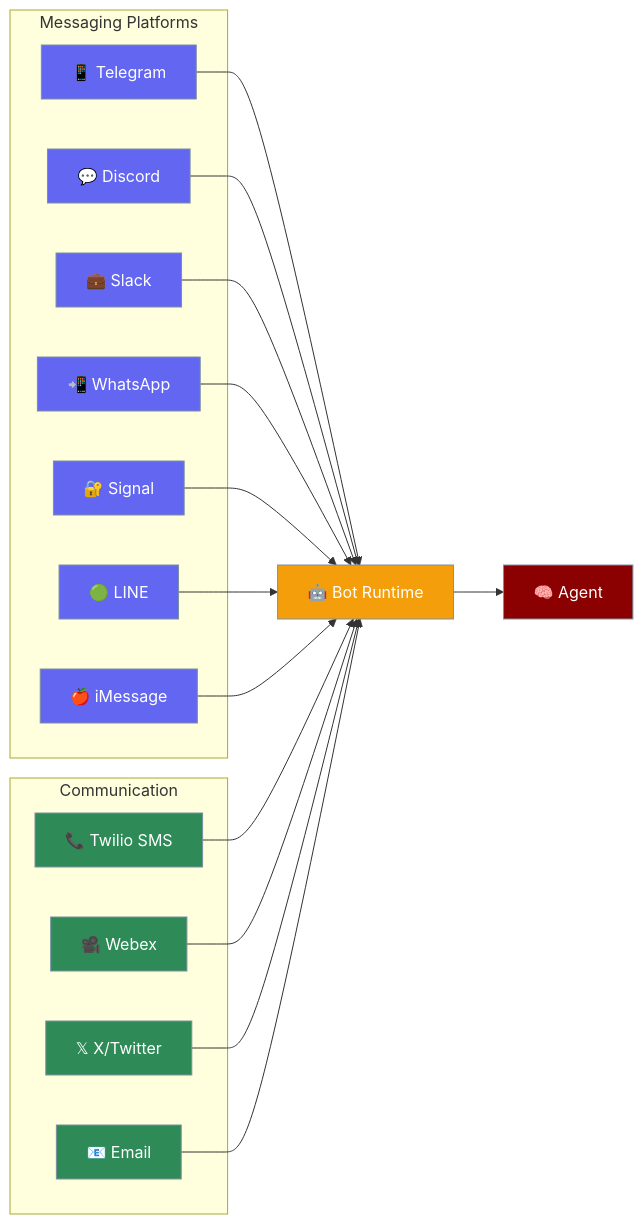
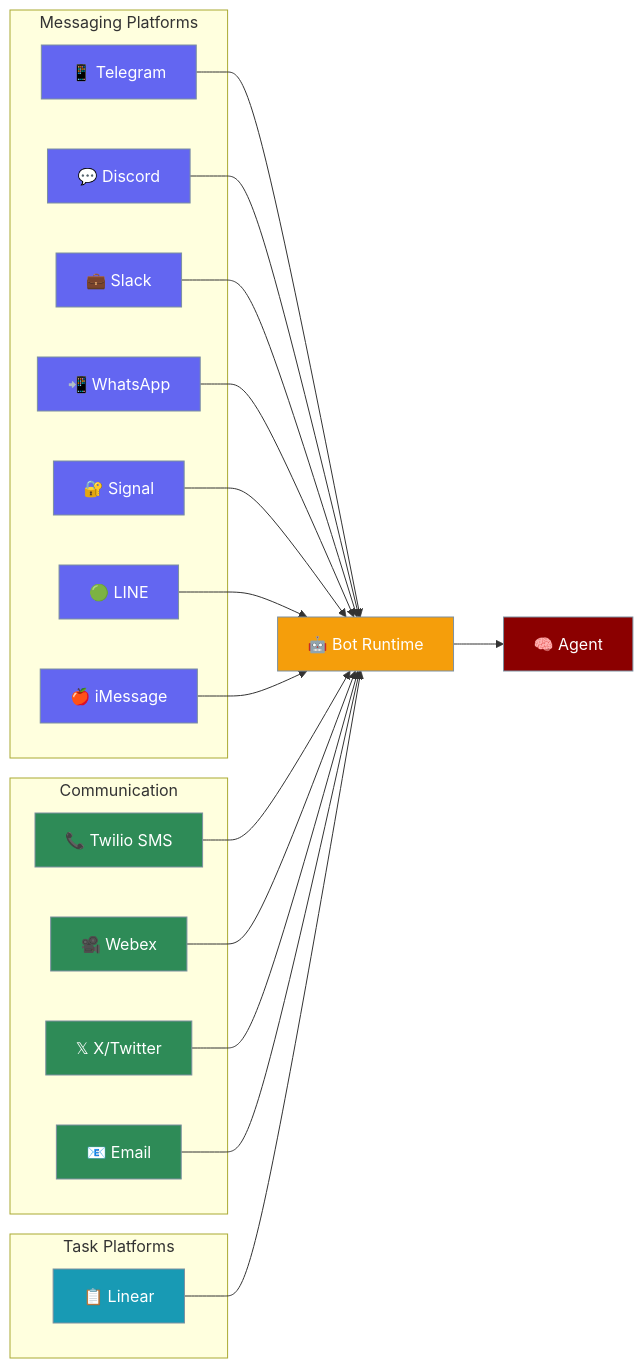
Before and after one commit to MervinPraison/PraisonAIDocs: the first of 14 diagrams in docs/features/messaging-bots.mdx, drawn with Mermaid. The commit also changed other lines of this file and 4 other files, not shown here.

````diff
--- a/docs/features/messaging-bots.mdx
+++ b/docs/features/messaging-bots.mdx
@@ -10,44 +10,51 @@
 ```mermaid
 graph LR
     subgraph "Messaging Platforms"
         T[📱 Telegram]
         D[💬 Discord]
         S[💼 Slack]
         W[📲 WhatsApp]
         SG[🔐 Signal]
         L[🟢 LINE]
         IM[🍎 iMessage]
     end
     
     subgraph "Communication"
         TW[📞 Twilio SMS]
         WX[🎥 Webex]
         X[𝕏 X/Twitter]
         E[📧 Email]
     end
     
+    subgraph "Task Platforms"
+        LN[📋 Linear]
+    end
+    
     T --> B[🤖 Bot Runtime]
     D --> B
     S --> B
     W --> B
     E --> B
     SG --> B
     L --> B
     IM --> B
     
     TW --> B
     WX --> B
     X --> B
+    LN --> B
     
     B --> A[🧠 Agent]
     
     classDef platform fill:#6366F1,stroke:#7C90A0,color:#fff
     classDef comm fill:#2E8B57,stroke:#7C90A0,color:#fff
+    classDef task fill:#189AB4,stroke:#7C90A0,color:#fff
     classDef bot fill:#F59E0B,stroke:#7C90A0,color:#fff
     classDef agent fill:#8B0000,stroke:#7C90A0,color:#fff
     
     class T,D,S,W,SG,L,IM platform
     class TW,WX,X,E comm
+    class LN task
     class B bot
     class A agent
 ```
````
